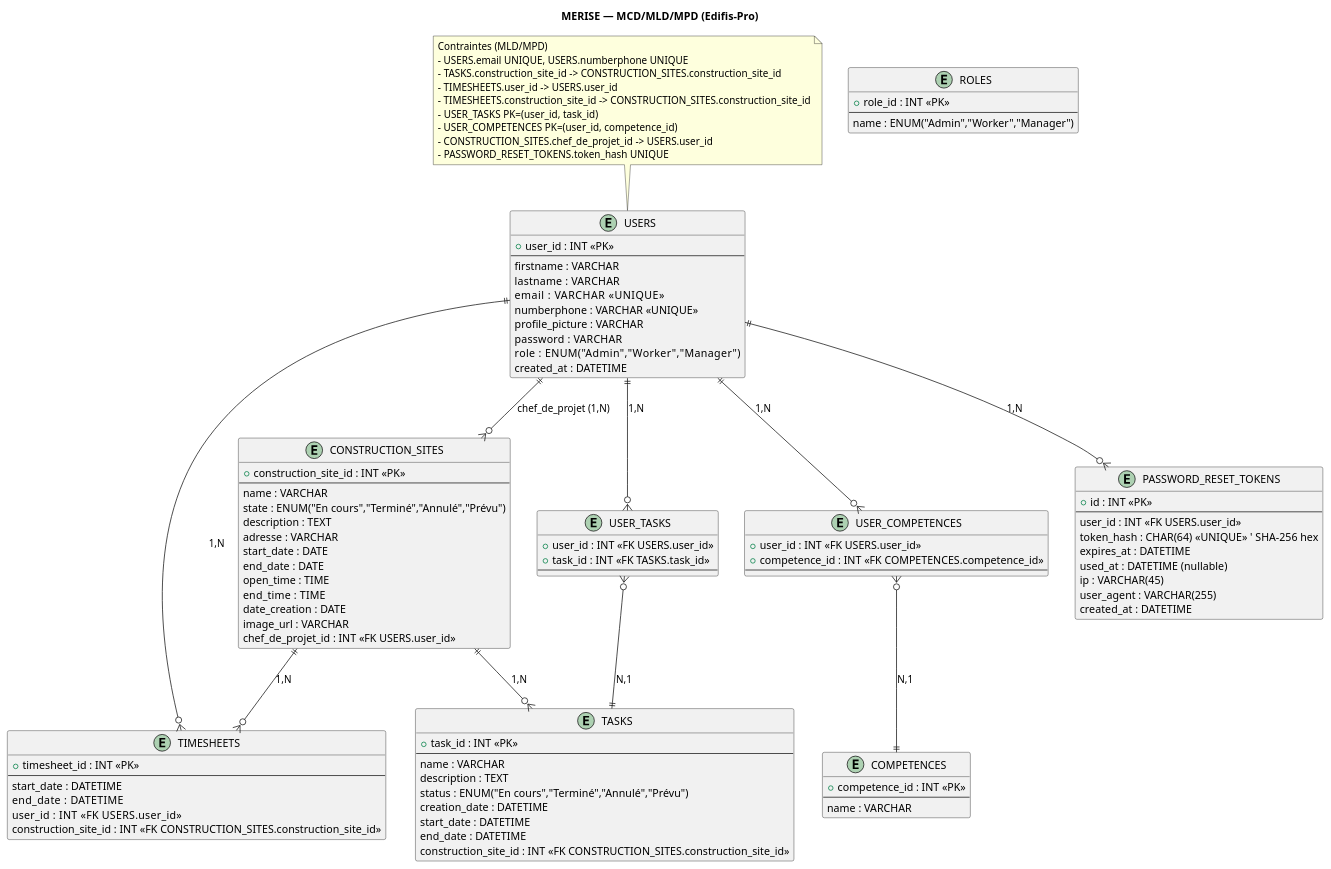
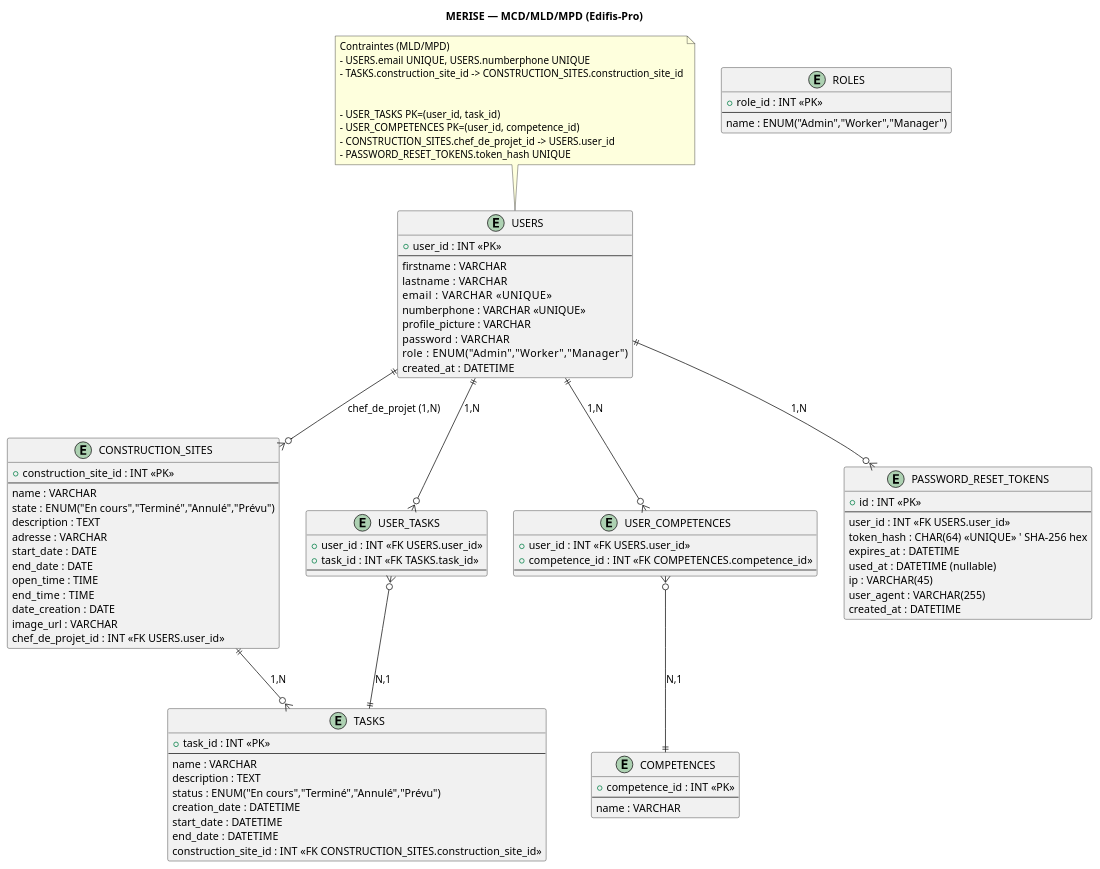
One commit to SmiledPolecat34/Edifis-Pro changed the diagram in docs/merise.puml. Above: the diagram before and after it, drawn with PlantUML. The commit also changed 57 other files, not shown here.

First line of the commit message:
Add stage report and update UML use cases; implement Cypress tests

```diff
--- a/docs/merise.puml
+++ b/docs/merise.puml
@@ -1,108 +1,101 @@
 @startuml merise
 
 title MERISE — MCD/MLD/MPD (Edifis-Pro)
 
 ' Entités principales
 entity "USERS" as USERS {
   + user_id : INT <<PK>>
   --
   firstname : VARCHAR
   lastname  : VARCHAR
   email     : VARCHAR <<UNIQUE>>
   numberphone : VARCHAR <<UNIQUE>>
   profile_picture : VARCHAR
   password  : VARCHAR
   role      : ENUM("Admin","Worker","Manager")
   created_at : DATETIME
 }
 
 entity "ROLES" as ROLES {
   + role_id : INT <<PK>>
   --
   name : ENUM("Admin","Worker","Manager")
 }
 
 entity "CONSTRUCTION_SITES" as CONSTRUCTION_SITES {
   + construction_site_id : INT <<PK>>
   --
   name : VARCHAR
   state : ENUM("En cours","Terminé","Annulé","Prévu")
   description : TEXT
   adresse : VARCHAR
   start_date : DATE
   end_date : DATE
   open_time : TIME
   end_time  : TIME
   date_creation : DATE
   image_url : VARCHAR
   chef_de_projet_id : INT <<FK USERS.user_id>>
 }
 
 entity "TASKS" as TASKS {
   + task_id : INT <<PK>>
   --
   name : VARCHAR
   description : TEXT
   status : ENUM("En cours","Terminé","Annulé","Prévu")
   creation_date : DATETIME
   start_date : DATETIME
   end_date : DATETIME
   construction_site_id : INT <<FK CONSTRUCTION_SITES.construction_site_id>>
 }
 
-entity "TIMESHEETS" as TIMESHEETS {
-  + timesheet_id : INT <<PK>>
-  --
-  start_date : DATETIME
-  end_date   : DATETIME
-  user_id    : INT <<FK USERS.user_id>>
-  construction_site_id : INT <<FK CONSTRUCTION_SITES.construction_site_id>>
-}
+
 
 entity "COMPETENCES" as COMPETENCES {
   + competence_id : INT <<PK>>
   --
   name : VARCHAR
 }
 
 entity "USER_TASKS" as USER_TASKS {
   + user_id : INT <<FK USERS.user_id>>
   + task_id : INT <<FK TASKS.task_id>>
   --
   ' PK composite (user_id, task_id)
 }
 
 entity "USER_COMPETENCES" as USER_COMPETENCES {
   + user_id : INT <<FK USERS.user_id>>
   + competence_id : INT <<FK COMPETENCES.competence_id>>
   --
   ' PK composite (user_id, competence_id)
 }
 
 entity "PASSWORD_RESET_TOKENS" as PASSWORD_RESET_TOKENS {
   + id : INT <<PK>>
   --
   user_id : INT <<FK USERS.user_id>>
   token_hash : CHAR(64) <<UNIQUE>> ' SHA-256 hex
   expires_at : DATETIME
   used_at : DATETIME (nullable)
   ip : VARCHAR(45)
   user_agent : VARCHAR(255)
   created_at : DATETIME
 }
 
 ' Associations (MCD)
-USERS ||--o{ TIMESHEETS : "1,N"
+
 USERS ||--o{ USER_TASKS : "1,N"
 USER_TASKS }o--|| TASKS : "N,1"
 USERS ||--o{ USER_COMPETENCES : "1,N"
 USER_COMPETENCES }o--|| COMPETENCES : "N,1"
 CONSTRUCTION_SITES ||--o{ TASKS : "1,N"
-CONSTRUCTION_SITES ||--o{ TIMESHEETS : "1,N"
+
 USERS ||--o{ CONSTRUCTION_SITES : "chef_de_projet (1,N)"
 USERS ||--o{ PASSWORD_RESET_TOKENS : "1,N"
 
-note "Contraintes (MLD/MPD)\n- USERS.email UNIQUE, USERS.numberphone UNIQUE\n- TASKS.construction_site_id -> CONSTRUCTION_SITES.construction_site_id\n- TIMESHEETS.user_id -> USERS.user_id\n- TIMESHEETS.construction_site_id -> CONSTRUCTION_SITES.construction_site_id\n- USER_TASKS PK=(user_id, task_id)\n- USER_COMPETENCES PK=(user_id, competence_id)\n- CONSTRUCTION_SITES.chef_de_projet_id -> USERS.user_id\n- PASSWORD_RESET_TOKENS.token_hash UNIQUE" as N1
+note "Contraintes (MLD/MPD)\n- USERS.email UNIQUE, USERS.numberphone UNIQUE\n- TASKS.construction_site_id -> CONSTRUCTION_SITES.construction_site_id\n\n\n- USER_TASKS PK=(user_id, task_id)\n- USER_COMPETENCES PK=(user_id, competence_id)\n- CONSTRUCTION_SITES.chef_de_projet_id -> USERS.user_id\n- PASSWORD_RESET_TOKENS.token_hash UNIQUE" as N1
 N1 .. USERS
 
 @enduml
```
